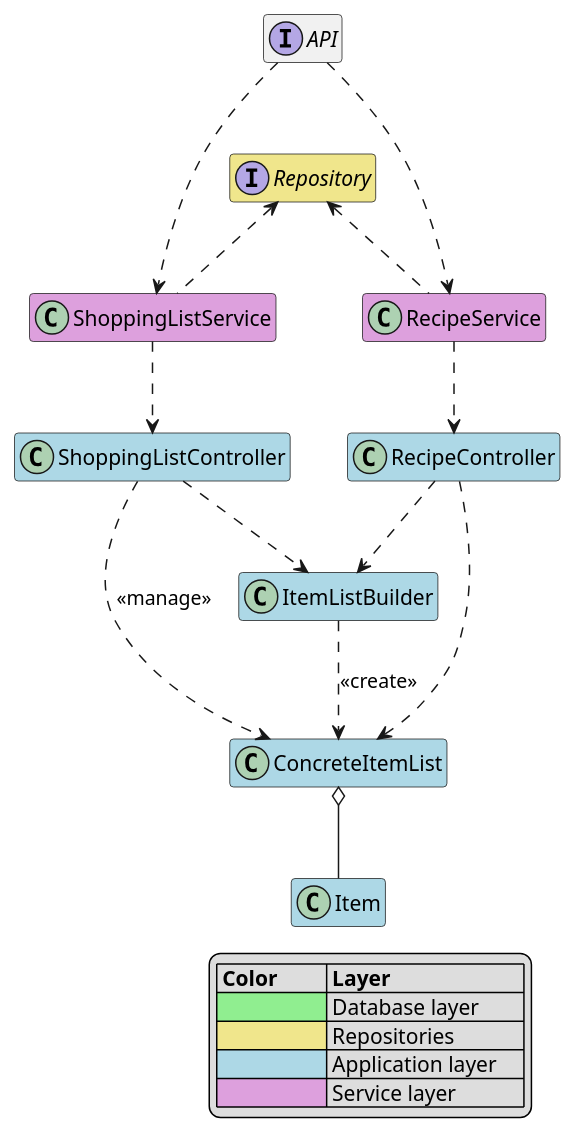
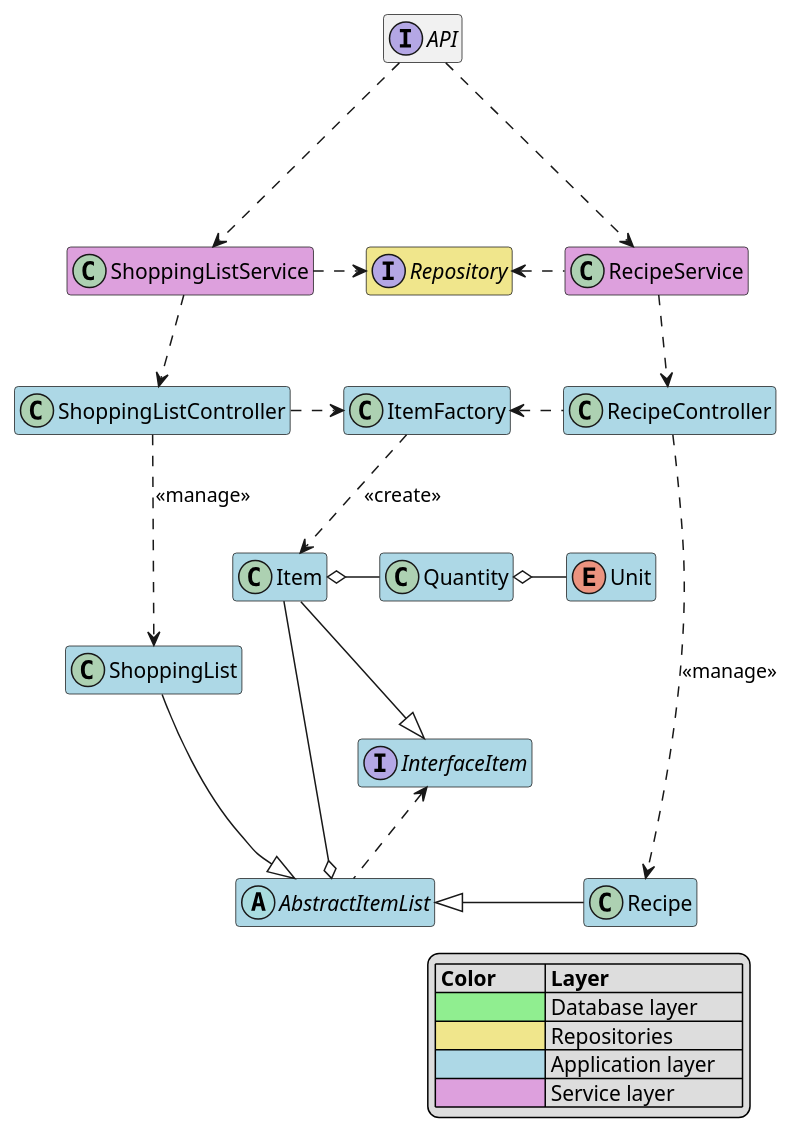
Before and after one commit to Uhgtred/Recipe_Shopping_List: the diagram in Architecture/Application/BlackboxViewApplication.puml, drawn with PlantUML. The commit also changed other lines of this file and 4 other files, not shown here.

Commit message:
refactoring architecture iteratively and starting implementation of ShoppingListController.kt and ItemFactory.kt

```diff
--- a/Architecture/Application/BlackboxViewApplication.puml
+++ b/Architecture/Application/BlackboxViewApplication.puml
@@ -1,48 +1,60 @@
 @startuml
 hide empty members
 
 
 interface API
 API ...> ShoppingListService
 API ...> RecipeService
 
-class ItemListBuilder #lightblue
-ItemListBuilder ..> ConcreteItemList: <<create>>
 
 class ShoppingListController #lightblue
-ShoppingListController ..> ItemListBuilder
-ShoppingListController ..> ConcreteItemList: <<manage>>
+ShoppingListController .d.> ShoppingList: <<manage>>
+ShoppingListController .r.> ItemFactory
 
+interface InterfaceItem #lightblue
+
+abstract class AbstractItemList #lightblue
+AbstractItemList o-u- Item
+AbstractItemList .u.> InterfaceItem
+
+class Quantity #lightblue
+Quantity -o Item
+
+enum Unit #lightblue
+Unit -lo Quantity
 
 class RecipeController #lightblue
-RecipeController ..> ConcreteItemList
-RecipeController ..> ItemListBuilder
+RecipeController .d.> Recipe: <<manage>>
+RecipeController .l.> ItemFactory
 
-class ConcreteItemList #lightblue
-ConcreteItemList o-- Item
+class Recipe #lightblue
+Recipe -l-|> AbstractItemList
+
+class ShoppingList #lightblue
+ShoppingList --|> AbstractItemList
+
+class ItemFactory #lightblue
+ItemFactory ..> Item: <<create>>
 
 class Item #lightblue
+Item --|> InterfaceItem
 
 interface Repository #khaki
 
-class ShoppingListService #plum {
-}
-ShoppingListService .u.> Repository
+class ShoppingListService #plum
+ShoppingListService .r.> Repository
 ShoppingListService ..> ShoppingListController
-'note right of ShoppingListService: This will be two services: \nRecipeService, ShoppingListService \nSince this would drastically reduce readability of the diagram, \nthose two services will both be presented by: "ItemListService"
 
 class RecipeService #plum
 RecipeService ..> RecipeController
-RecipeService .u.> Repository
+RecipeService .l.> Repository
 
-'
-'class Quantity #lightblue
 
 legend bottom right
 | **Color**         | **Layer**             |
 | <#lightgreen>     | Database layer        |
 | <#khaki>          | Repositories          |
 | <#lightblue>      | Application layer     |
 | <#plum>           | Service layer         |
 end legend
 @enduml
```
